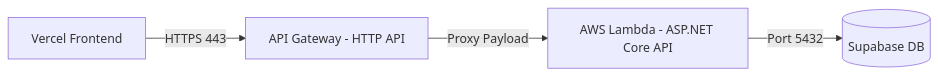
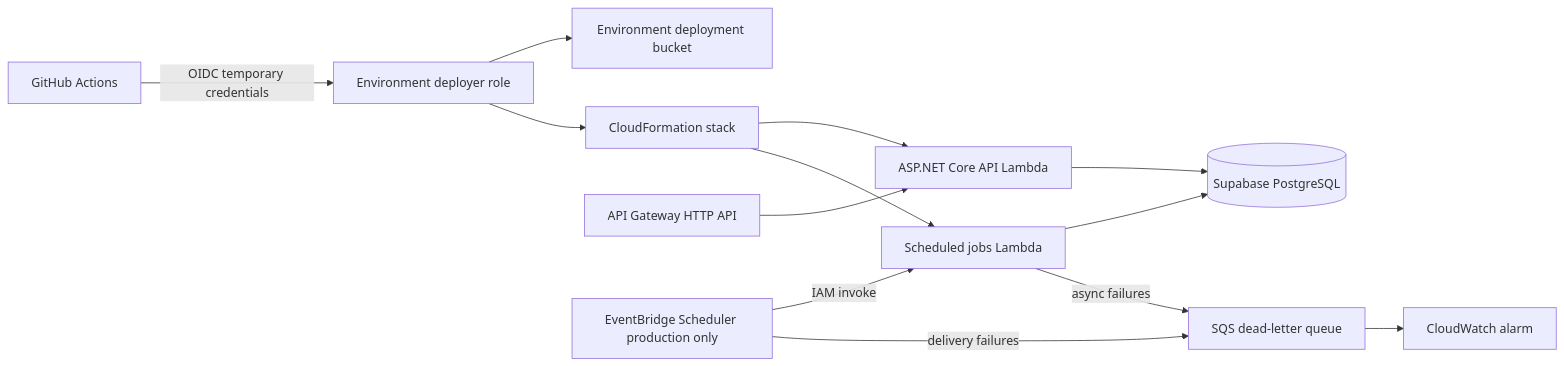
The diagram in docs/AWS-Lambda-Deployment-Guide.md (RyanMyatThu-dev/FinancialManagement), drawn with Mermaid before and after one commit. The commit also changed other lines of this file and 64 other files, not shown here.

First line of the commit message:
Finalize AWS Lambda and     scheduled jobs deployment (#9)

````diff
--- a/docs/AWS-Lambda-Deployment-Guide.md
+++ b/docs/AWS-Lambda-Deployment-Guide.md
@@ -11,6 +7,15 @@
 ```mermaid
-graph LR
-    Vercel[Vercel Frontend] -->|HTTPS 443| APIGW[API Gateway - HTTP API]
-    APIGW -->|Proxy Payload| Lambda[AWS Lambda - ASP.NET Core API]
-    Lambda -->|Port 5432| Supabase[(Supabase DB)]
+flowchart LR
+    GitHub[GitHub Actions] -->|OIDC temporary credentials| DeployRole[Environment deployer role]
+    DeployRole --> S3[Environment deployment bucket]
+    DeployRole --> CFN[CloudFormation stack]
+    CFN --> Api[ASP.NET Core API Lambda]
+    CFN --> Worker[Scheduled jobs Lambda]
+    APIGW[API Gateway HTTP API] --> Api
+    Api --> Supabase[(Supabase PostgreSQL)]
+    Scheduler[EventBridge Scheduler production only] -->|IAM invoke| Worker
+    Worker --> Supabase
+    Scheduler -->|delivery failures| DLQ[SQS dead-letter queue]
+    Worker -->|async failures| DLQ
+    DLQ --> Alarm[CloudWatch alarm]
 ```
````
